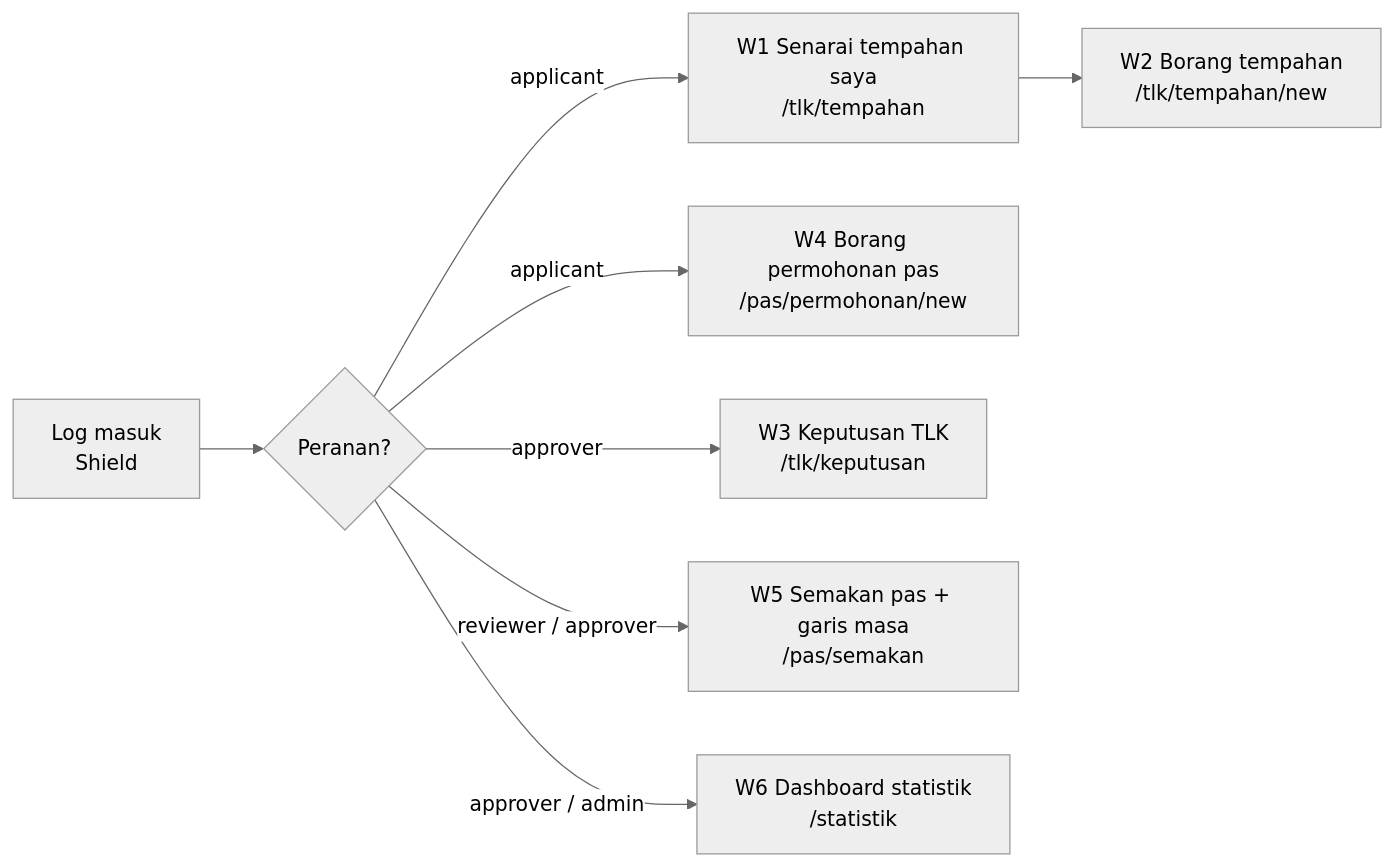
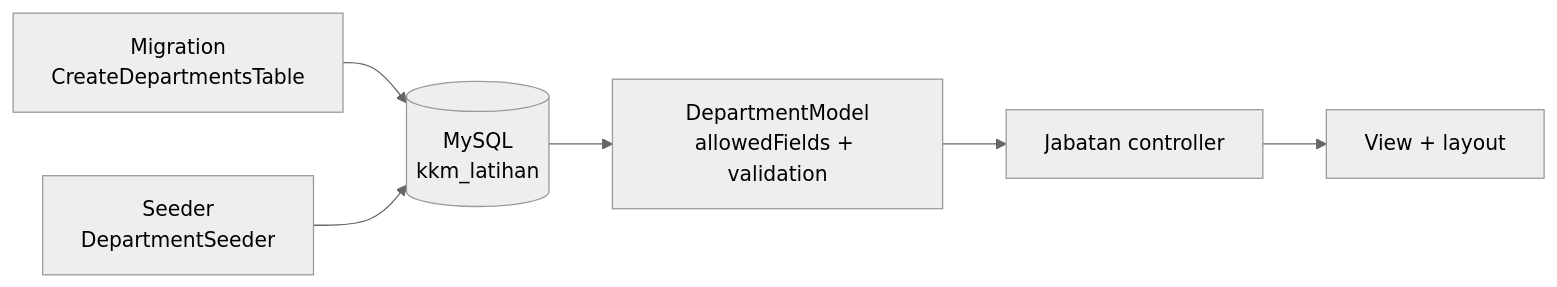
Before and after one commit to habibtalib/coach-codeigniter-10-hari-kkm-peserta: the diagram in hari-3/README.md, drawn with Mermaid (neutral theme). The commit also changed other lines of this file and 73 other files, not shown here.

Commit message:
Kemas kini: Hari 3 (database, migration, model, carian; kod rujukan) + Hari 4–10 kerja individu dalm kelas-ci-<nama>

````diff
--- a/hari-3/README.md
+++ b/hari-3/README.md
@@ -419,10 +45,8 @@
 ```mermaid
 flowchart LR
-    L["Log masuk<br/>Shield"] --> M{"Peranan?"}
-    M -- applicant --> W1["W1 Senarai tempahan saya<br/>/tlk/tempahan"]
-    W1 --> W2["W2 Borang tempahan<br/>/tlk/tempahan/new"]
-    M -- applicant --> W4["W4 Borang permohonan pas<br/>/pas/permohonan/new"]
-    M -- approver --> W3["W3 Keputusan TLK<br/>/tlk/keputusan"]
-    M -->|"reviewer / approver"| W5["W5 Semakan pas + garis masa<br/>/pas/semakan"]
-    M -->|"approver / admin"| W6["W6 Dashboard statistik<br/>/statistik"]
+    M["Migration<br/>CreateDepartmentsTable"] --> DB[("MySQL<br/>kkm_latihan")]
+    S["Seeder<br/>DepartmentSeeder"] --> DB
+    DB --> MD["DepartmentModel<br/>allowedFields + validation"]
+    MD --> C["Jabatan controller"]
+    C --> V["View + layout"]
 ```
````
